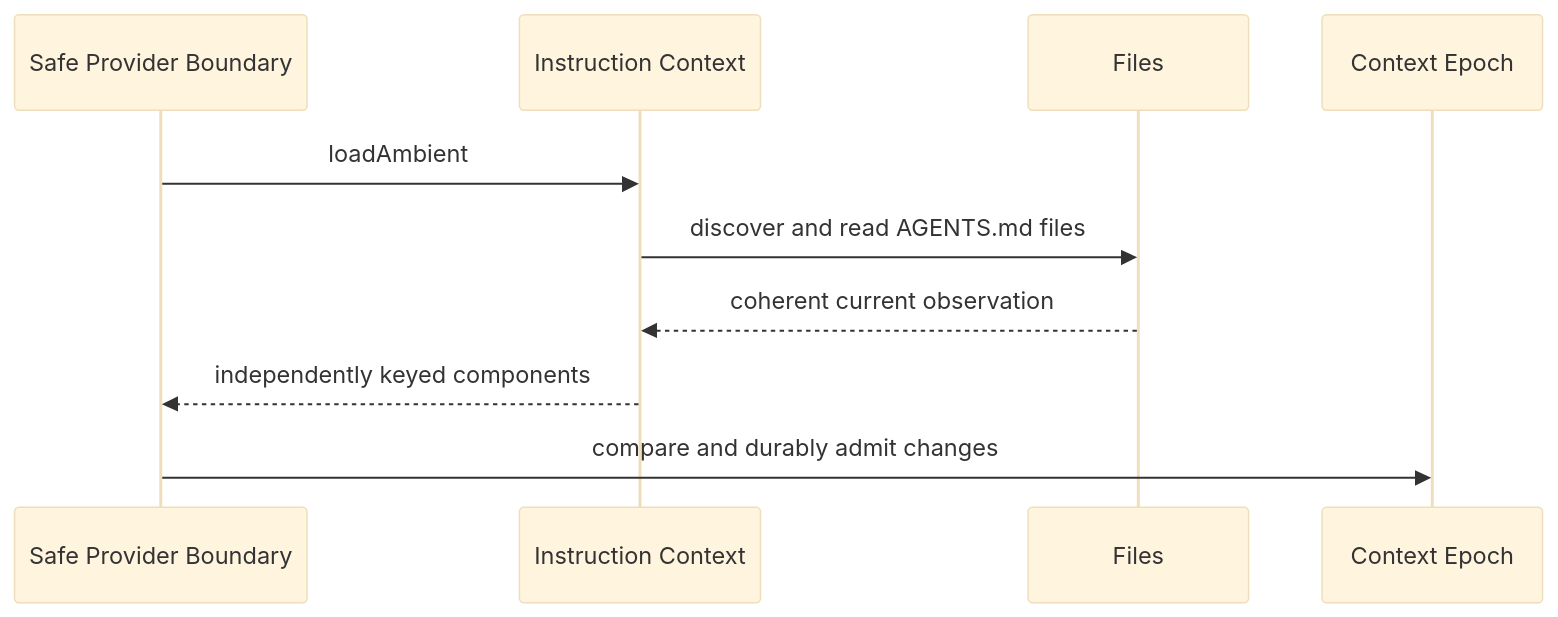
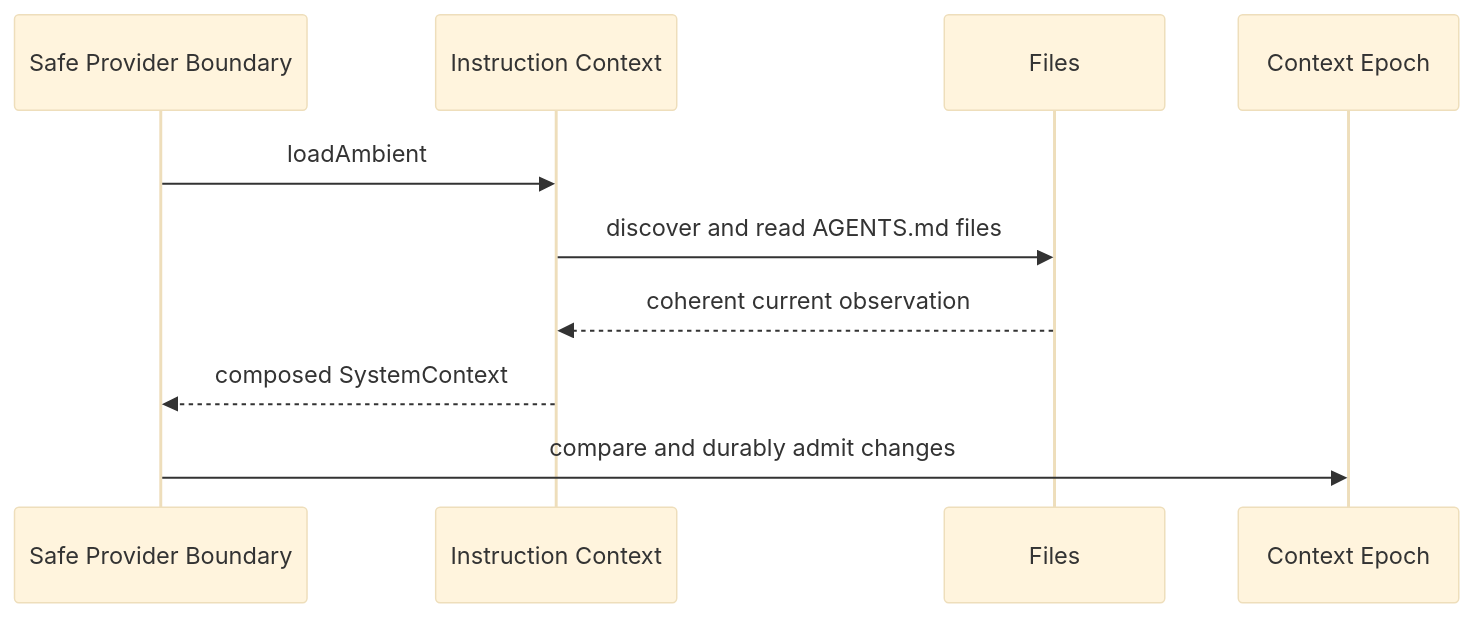
One commit to xtt5480446/opencode changed the third of 4 diagrams in specs/v2/refreshable-context-sources.md. Above: the diagram before and after it, drawn with Mermaid (base theme). The commit also changed other lines of this file and 29 other files, not shown here.

Commit message:
refactor(core): simplify v2 system context epochs

````diff
--- a/specs/v2/refreshable-context-sources.md
+++ b/specs/v2/refreshable-context-sources.md
@@ -185,13 +185,13 @@
 ```mermaid
 sequenceDiagram
   participant Runner as Safe Provider Boundary
   participant Instructions as Instruction Context
   participant Files
   participant Epoch as Context Epoch
 
   Runner->>Instructions: loadAmbient
   Instructions->>Files: discover and read AGENTS.md files
   Files-->>Instructions: coherent current observation
-  Instructions-->>Runner: independently keyed components
+  Instructions-->>Runner: composed SystemContext
   Runner->>Epoch: compare and durably admit changes
 ```
````
